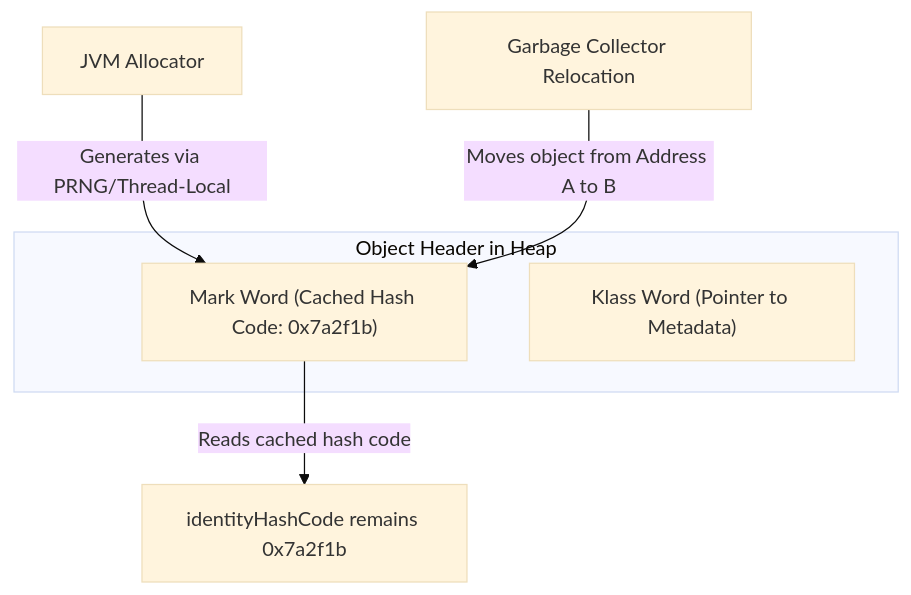
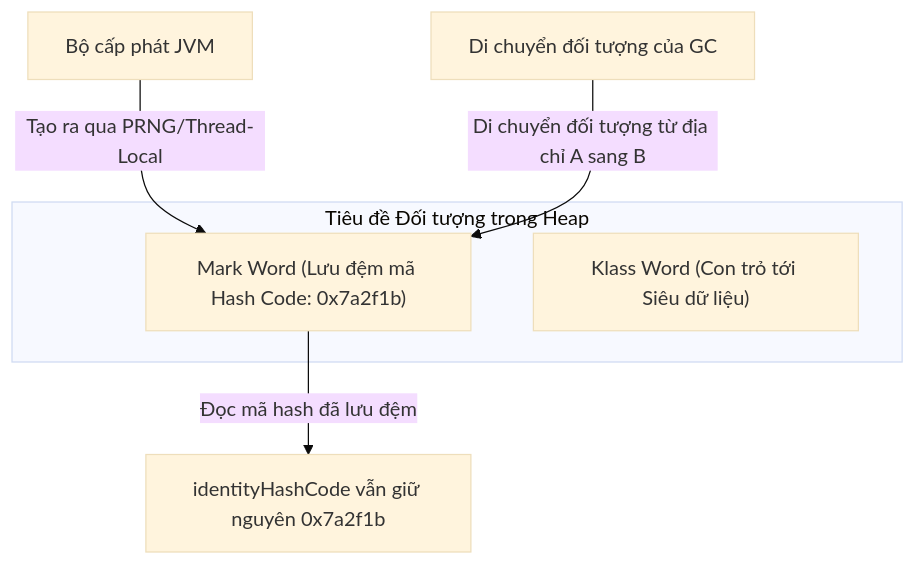
One commit to PhuThien2005/theoretical-of-java-core changed the second of 3 diagrams in vi/14-object-class/theory/02-contract-of-equals-concepts.md. Above: the diagram before and after it, drawn with Mermaid (base theme). The commit also changed other lines of this file and 229 other files, not shown here.

````diff
--- a/vi/14-object-class/theory/02-contract-of-equals-concepts.md
+++ b/vi/14-object-class/theory/02-contract-of-equals-concepts.md
@@ -143,10 +145,10 @@
 ```mermaid
 flowchart TD
-    subgraph ObjectHeader [Object Header in Heap]
-        MarkWord["Mark Word (Cached Hash Code: 0x7a2f1b)"]
-        KlassWord["Klass Word (Pointer to Metadata)"]
+    subgraph ObjectHeader ["Tiêu đề Đối tượng trong Heap"]
+        MarkWord["Mark Word (Lưu đệm mã Hash Code: 0x7a2f1b)"]
+        KlassWord["Klass Word (Con trỏ tới Siêu dữ liệu)"]
     end
-    JVM["JVM Allocator"] -->|Generates via PRNG/Thread-Local| MarkWord
-    GC["Garbage Collector Relocation"] -->|Moves object from Address A to B| MarkWord
-    MarkWord -->|Reads cached hash code| StableHash["identityHashCode remains 0x7a2f1b"]
+    JVM["Bộ cấp phát JVM"] -->|Tạo ra qua PRNG/Thread-Local| MarkWord
+    GC["Di chuyển đối tượng của GC"] -->|Di chuyển đối tượng từ địa chỉ A sang B| MarkWord
+    MarkWord -->|Đọc mã hash đã lưu đệm| StableHash["identityHashCode vẫn giữ nguyên 0x7a2f1b"]
 ```
````
